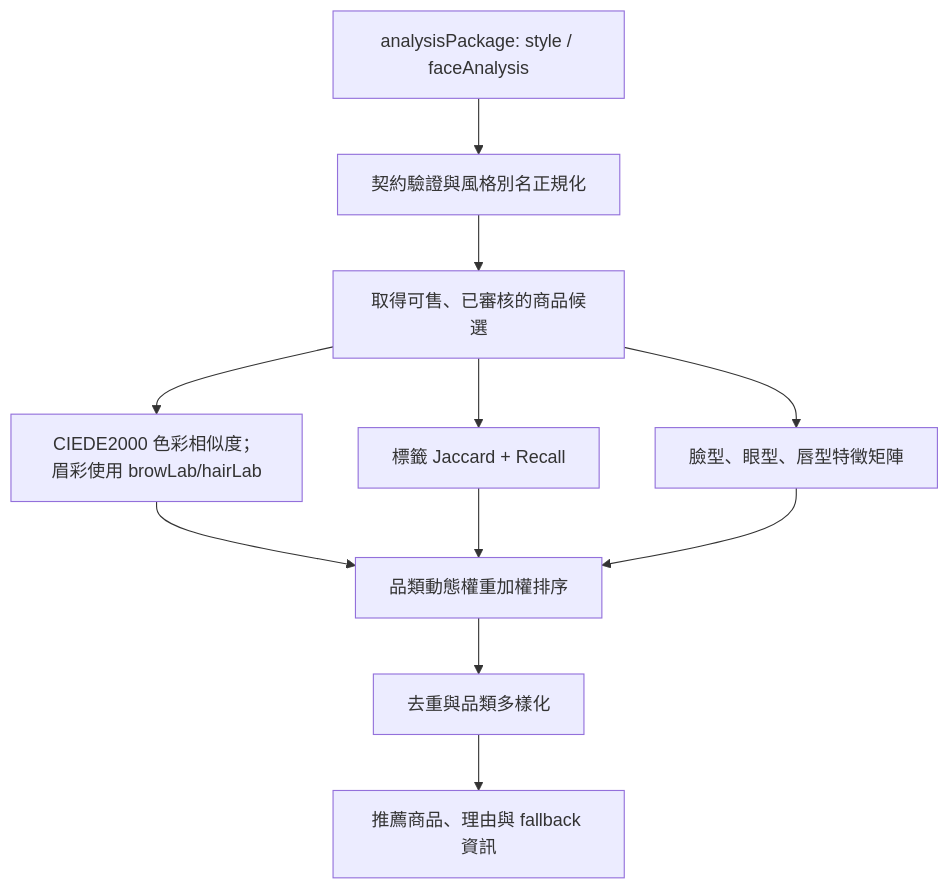
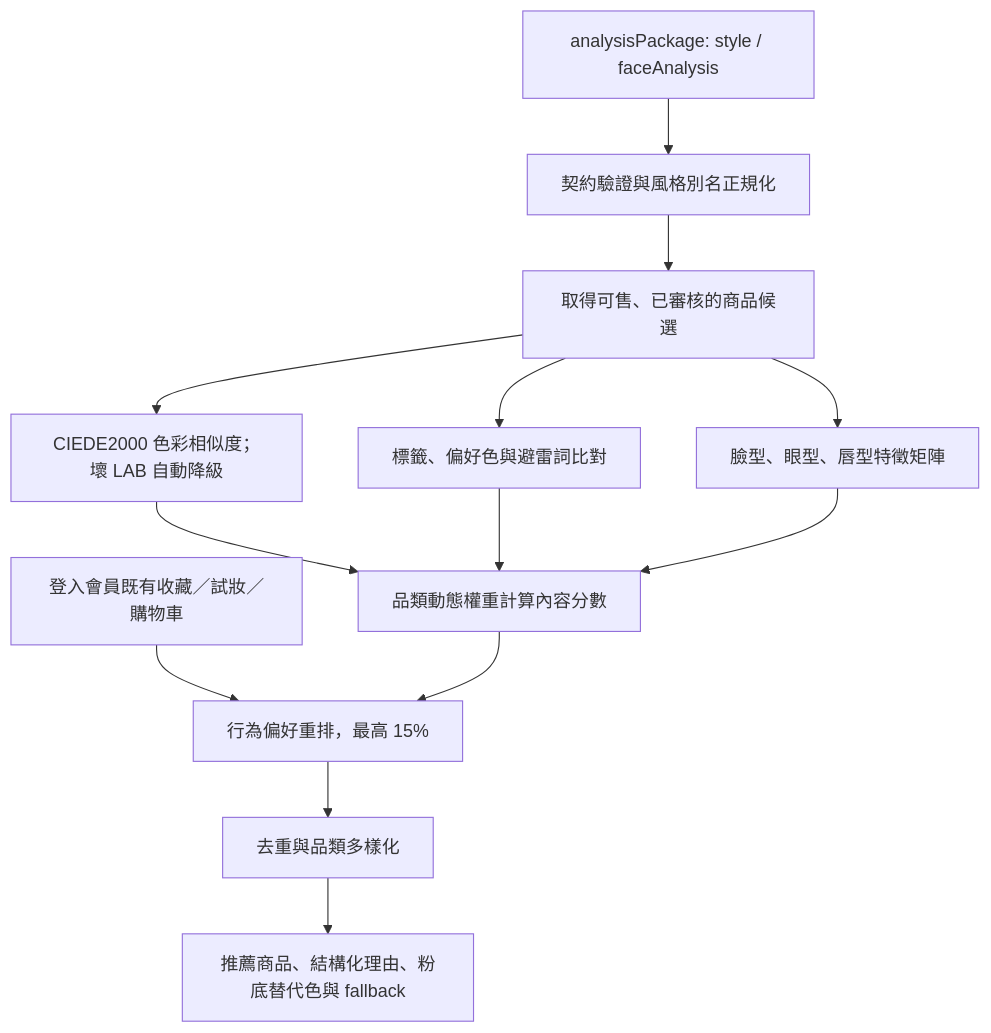
Before and after one commit to vivi930319/DecorateMeAI: the diagram in README.md, drawn with Mermaid. The commit also changed other lines of this file and 3 other files, not shown here.

````diff
--- a/README.md
+++ b/README.md
@@ -97,13 +110,15 @@
 ```mermaid
 flowchart TD
     A[analysisPackage: style / faceAnalysis] --> B[契約驗證與風格別名正規化]
     B --> C[取得可售、已審核的商品候選]
-    C --> D[CIEDE2000 色彩相似度；眉彩使用 browLab/hairLab]
-    C --> E[標籤 Jaccard + Recall]
+    C --> D[CIEDE2000 色彩相似度；壞 LAB 自動降級]
+    C --> E[標籤、偏好色與避雷詞比對]
     C --> F[臉型、眼型、唇型特徵矩陣]
-    D --> G[品類動態權重加權排序]
+    D --> G[品類動態權重計算內容分數]
     E --> G
     F --> G
-    G --> H[去重與品類多樣化]
-    H --> I[推薦商品、理由與 fallback 資訊]
+    J[登入會員既有收藏／試妝／購物車] --> K[行為偏好重排，最高 15%]
+    G --> K
+    K --> H[去重與品類多樣化]
+    H --> I[推薦商品、結構化理由、粉底替代色與 fallback]
 ```
````
